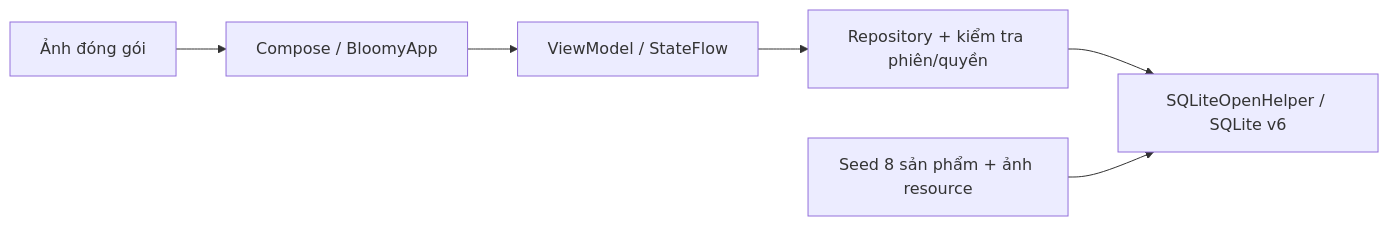
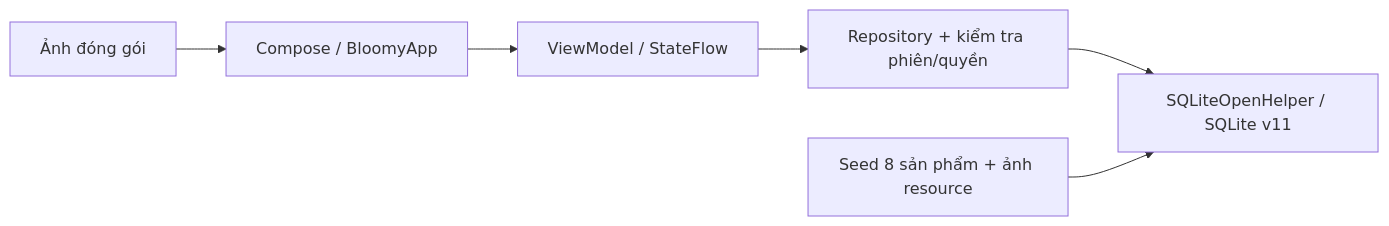
The second of 7 diagrams in docs/bao-cao/so-do.md (tdn1997/bloomy-beauty), drawn with Mermaid before and after one commit. The commit also changed other lines of this file and 715 other files, not shown here.

````diff
--- a/docs/bao-cao/so-do.md
+++ b/docs/bao-cao/so-do.md
@@ -26,8 +33,8 @@
 ```mermaid
 flowchart LR
     UI[Compose / BloomyApp] --> VM[ViewModel / StateFlow]
     VM --> Repo[Repository + kiểm tra phiên/quyền]
-    Repo --> DB[SQLiteOpenHelper / SQLite v6]
+    Repo --> DB[SQLiteOpenHelper / SQLite v11]
     Seed[Seed 8 sản phẩm + ảnh resource] --> DB
     Resource[Ảnh đóng gói] --> UI
 ```
````
